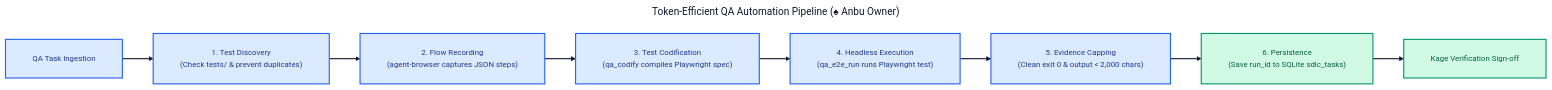
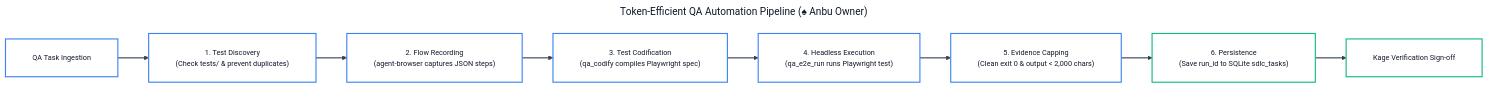
One commit to andycungkrinx91/konoha changed the seventh of 14 diagrams in docs/ALL-WORKFLOW-DIAGRAMS.md. Above: the diagram before and after it, drawn with Mermaid. The commit also changed other lines of this file and 107 other files, not shown here.

````diff
--- a/docs/ALL-WORKFLOW-DIAGRAMS.md
+++ b/docs/ALL-WORKFLOW-DIAGRAMS.md
@@ -387,36 +437,41 @@
 ```mermaid
 ---
 title: Token-Efficient QA Automation Pipeline (♠ Anbu Owner)
 config:
   theme: base
   themeVariables:
+    darkMode: false
     background: '#ffffff'
     mainBkg: '#ffffff'
     primaryColor: '#ffffff'
     primaryTextColor: '#0f172a'
-    primaryBorderColor: '#0284c7'
-    lineColor: '#0f172a'
-    arrowheadColor: '#0f172a'
-    fontFamily: 'Inter, system-ui, sans-serif'
-    fontSize: '14px'
+    primaryBorderColor: '#3b82f6'
+    lineColor: '#334155'
+    arrowheadColor: '#334155'
+    secondaryColor: '#f8fafc'
+    tertiaryColor: '#ffffff'
+    fontFamily: 'Inter, system-ui, -apple-system, sans-serif'
+    fontSize: '13px'
   flowchart:
     nodeSpacing: 45
     rankSpacing: 55
     padding: 24
     wrappingWidth: 350
 ---
 flowchart LR
-    Start["QA Task Ingestion"] --> S1["1. Test Discovery<br/>(Check tests/ & prevent duplicates)"]
+    Start["QA Task Ingestion"] --> S1["1. Test Discovery<br/>(Check tests/ &amp; prevent duplicates)"]
     S1 --> S2["2. Flow Recording<br/>(agent-browser captures JSON steps)"]
     S2 --> S3["3. Test Codification<br/>(qa_codify compiles Playwright spec)"]
     S3 --> S4["4. Headless Execution<br/>(qa_e2e_run runs Playwright test)"]
-    S4 --> S5["5. Evidence Capping<br/>(Clean exit 0 & output < 2,000 chars)"]
+    S4 --> S5["5. Evidence Capping<br/>(Clean exit 0 &amp; output &lt; 2,000 chars)"]
     S5 --> S6["6. Persistence<br/>(Save run_id to SQLite sdlc_tasks)"]
     S6 --> Done["Kage Verification Sign-off"]
 
-    linkStyle default stroke:#0f172a,stroke-width:2px;
-    classDef step fill:#dbeafe,stroke:#2563eb,color:#1e3a8a,stroke-width:2px;
-    classDef pass fill:#d1fae5,stroke:#059669,color:#065f46,stroke-width:2px;
-    class Start,S1,S2,S3,S4,S5 step;
-    class S6,Done pass;
+    linkStyle default stroke:#334155,stroke-width:2px;
+
+    classDef stepNode fill:#ffffff,stroke:#3b82f6,color:#0f172a,stroke-width:2px;
+    classDef passNode fill:#ffffff,stroke:#10b981,color:#0f172a,stroke-width:2px;
+
+    class Start,S1,S2,S3,S4,S5 stepNode;
+    class S6,Done passNode;
 ```
````
